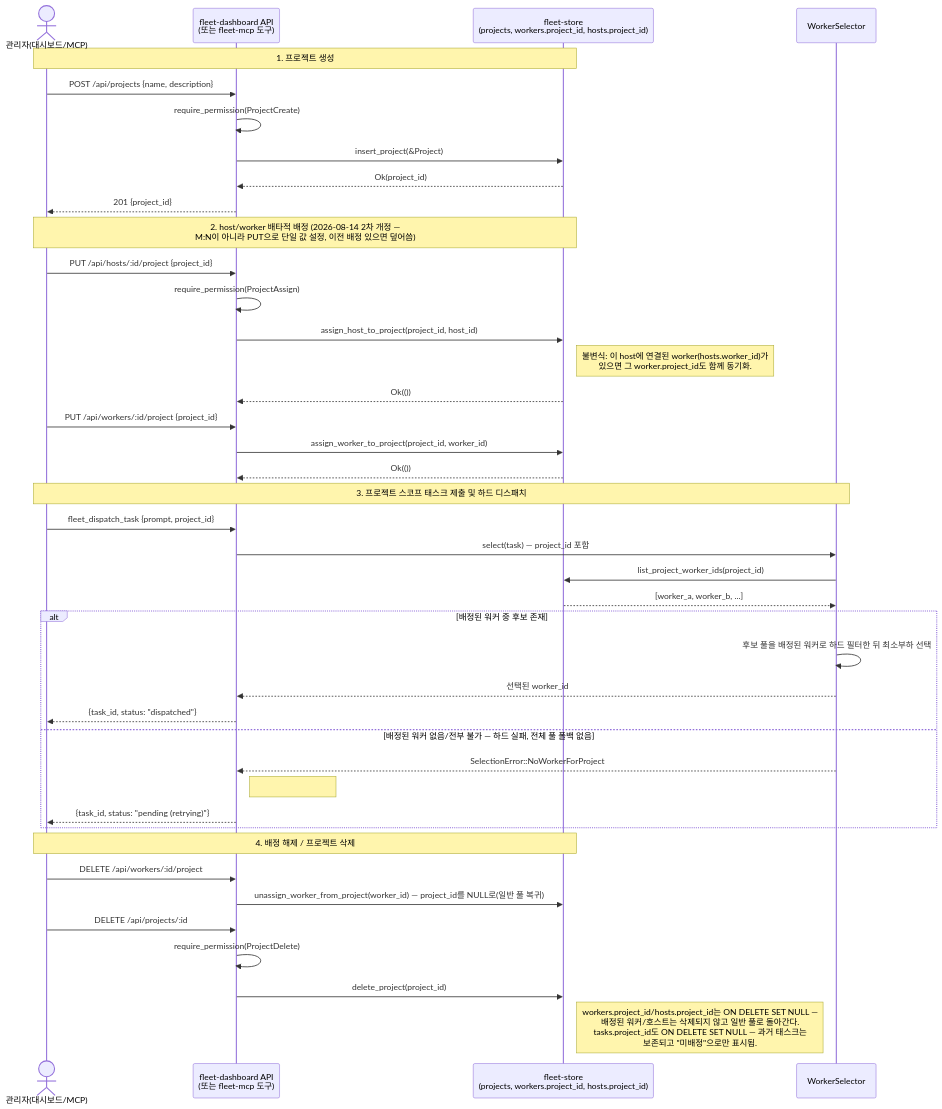
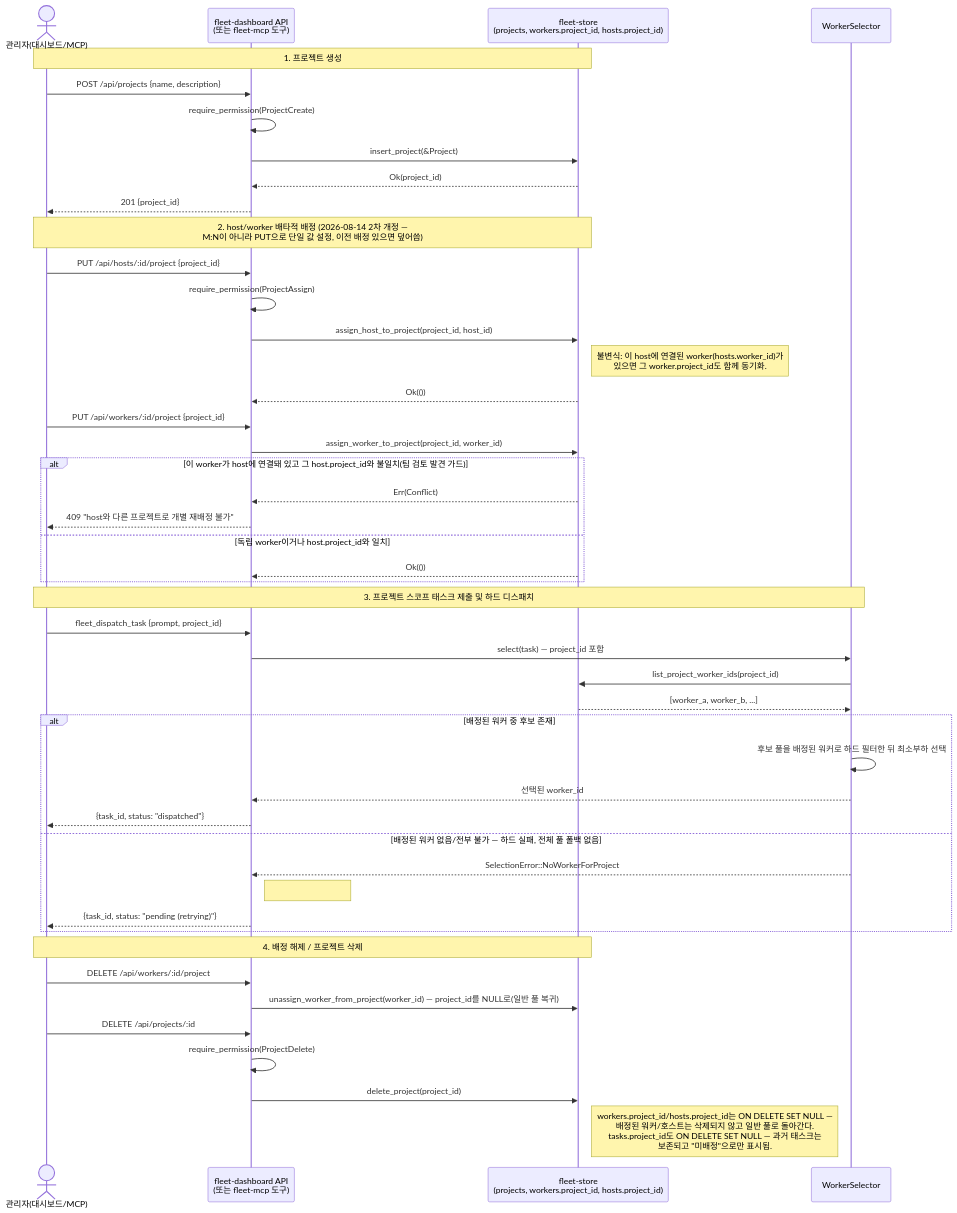
The diagram in docs/assets/diagrams/architecture/project-assignment-lifecycle.mermaid (yarang/grok-fleet-orchestrator), drawn with Mermaid before and after one commit. The commit also changed 10 other files, not shown here.

First line of the commit message:
docs(architecture): apply multi-agent team review findings to #48-#52

```diff
--- a/docs/assets/diagrams/architecture/project-assignment-lifecycle.mermaid
+++ b/docs/assets/diagrams/architecture/project-assignment-lifecycle.mermaid
@@ -1,45 +1,50 @@
 sequenceDiagram
     actor Admin as 관리자(대시보드/MCP)
     participant API as fleet-dashboard API<br/>(또는 fleet-mcp 도구)
     participant Store as fleet-store<br/>(projects, workers.project_id, hosts.project_id)
     participant Sel as WorkerSelector
 
     Note over Admin,Store: 1. 프로젝트 생성
     Admin->>API: POST /api/projects {name, description}
     API->>API: require_permission(ProjectCreate)
     API->>Store: insert_project(&Project)
     Store-->>API: Ok(project_id)
     API-->>Admin: 201 {project_id}
 
     Note over Admin,Store: 2. host/worker 배타적 배정 (2026-08-14 2차 개정 —<br/>M:N이 아니라 PUT으로 단일 값 설정, 이전 배정 있으면 덮어씀)
     Admin->>API: PUT /api/hosts/:id/project {project_id}
     API->>API: require_permission(ProjectAssign)
     API->>Store: assign_host_to_project(project_id, host_id)
     Note right of Store: 불변식: 이 host에 연결된 worker(hosts.worker_id)가<br/>있으면 그 worker.project_id도 함께 동기화.
     Store-->>API: Ok(())
     Admin->>API: PUT /api/workers/:id/project {project_id}
     API->>Store: assign_worker_to_project(project_id, worker_id)
-    Store-->>API: Ok(())
+    alt 이 worker가 host에 연결돼 있고 그 host.project_id와 불일치(팀 검토 발견 가드)
+        Store-->>API: Err(Conflict)
+        API-->>Admin: 409 "host와 다른 프로젝트로 개별 재배정 불가"
+    else 독립 worker이거나 host.project_id와 일치
+        Store-->>API: Ok(())
+    end
 
     Note over Admin,Sel: 3. 프로젝트 스코프 태스크 제출 및 하드 디스패치
     Admin->>API: fleet_dispatch_task {prompt, project_id}
     API->>Sel: select(task) — project_id 포함
     Sel->>Store: list_project_worker_ids(project_id)
     Store-->>Sel: [worker_a, worker_b, ...]
     alt 배정된 워커 중 후보 존재
         Sel->>Sel: 후보 풀을 배정된 워커로 하드 필터한 뒤 최소부하 선택
         Sel-->>API: 선택된 worker_id
         API-->>Admin: {task_id, status: "dispatched"}
     else 배정된 워커 없음/전부 불가 — 하드 실패, 전체 풀 폴백 없음
         Sel-->>API: SelectionError::NoWorkerForProject
         Note right of API: #38의 기존 WorkerUnavailable 재시도 경로 재사용 —<br/>새 메커니즘 없음. 재시도 활성이면 Pending 유지.
         API-->>Admin: {task_id, status: "pending (retrying)"}
     end
 
     Note over Admin,Store: 4. 배정 해제 / 프로젝트 삭제
     Admin->>API: DELETE /api/workers/:id/project
     API->>Store: unassign_worker_from_project(worker_id) — project_id를 NULL로(일반 풀 복귀)
     Admin->>API: DELETE /api/projects/:id
     API->>API: require_permission(ProjectDelete)
     API->>Store: delete_project(project_id)
     Note right of Store: workers.project_id/hosts.project_id는 ON DELETE SET NULL —<br/>배정된 워커/호스트는 삭제되지 않고 일반 풀로 돌아간다.<br/>tasks.project_id도 ON DELETE SET NULL — 과거 태스크는<br/>보존되고 "미배정"으로만 표시됨.
```
